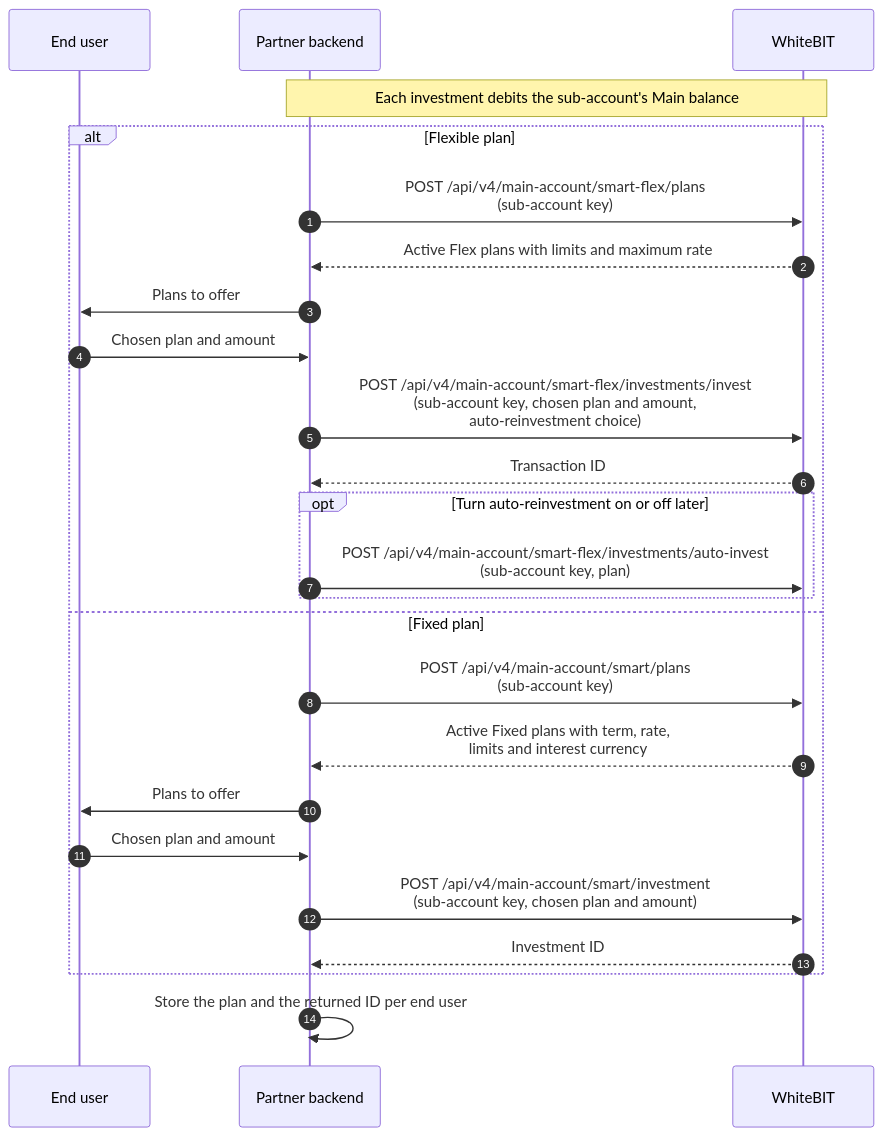
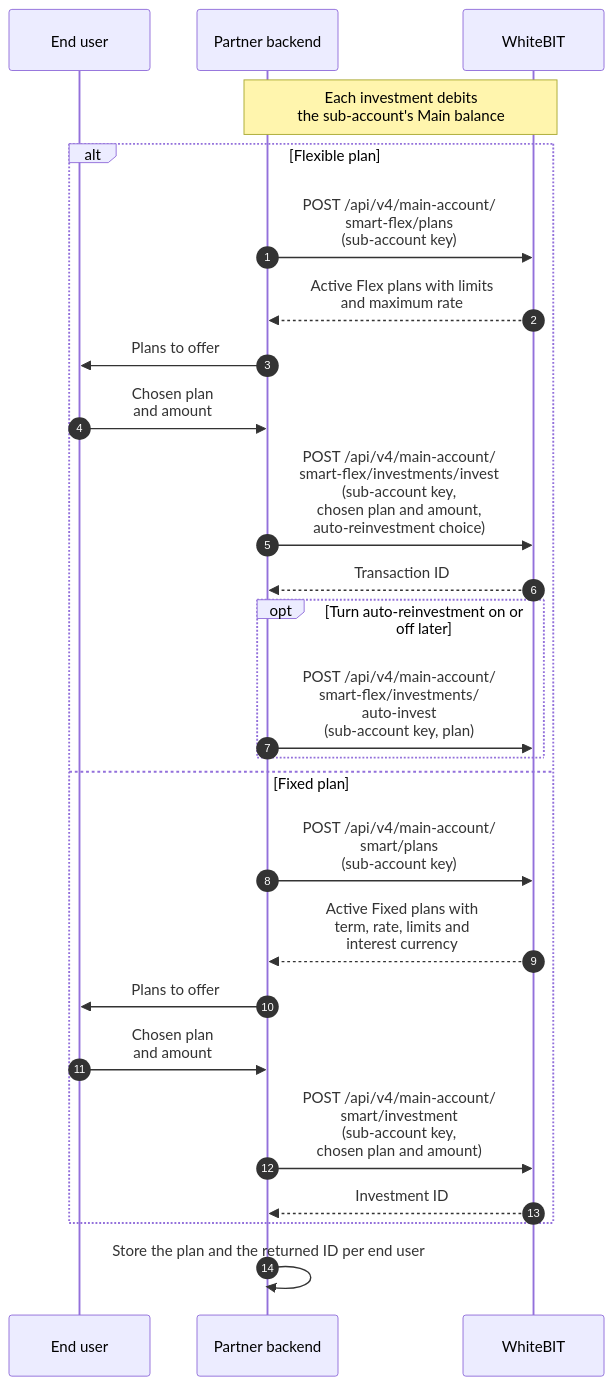
One commit to whitebit-exchange/docs changed the second of 6 diagrams in guides/yaas-integration.mdx. Above: the diagram before and after it, drawn with Mermaid. The commit also changed 4 other files, not shown here.

Commit message:
fix(guide): narrow the branch diagrams to a readable label size

````diff
--- a/guides/yaas-integration.mdx
+++ b/guides/yaas-integration.mdx
@@ -132,28 +132,28 @@
 ```mermaid
 sequenceDiagram
     autonumber
     participant U as End user
     participant P as Partner backend
     participant W as WhiteBIT
 
-    Note over P,W: Each investment debits the sub-account's Main balance
+    Note over P,W: Each investment debits<br/>the sub-account's Main balance
     alt Flexible plan
-        P->>W: POST /api/v4/main-account/smart-flex/plans<br/>(sub-account key)
-        W-->>P: Active Flex plans with limits and maximum rate
+        P->>W: POST /api/v4/main-account/<br/>smart-flex/plans<br/>(sub-account key)
+        W-->>P: Active Flex plans with limits<br/>and maximum rate
         P->>U: Plans to offer
-        U->>P: Chosen plan and amount
-        P->>W: POST /api/v4/main-account/smart-flex/investments/invest<br/>(sub-account key, chosen plan and amount,<br/>auto-reinvestment choice)
+        U->>P: Chosen plan<br/>and amount
+        P->>W: POST /api/v4/main-account/<br/>smart-flex/investments/invest<br/>(sub-account key,<br/>chosen plan and amount,<br/>auto-reinvestment choice)
         W-->>P: Transaction ID
         opt Turn auto-reinvestment on or off later
-            P->>W: POST /api/v4/main-account/smart-flex/investments/auto-invest<br/>(sub-account key, plan)
+            P->>W: POST /api/v4/main-account/<br/>smart-flex/investments/<br/>auto-invest<br/>(sub-account key, plan)
         end
     else Fixed plan
-        P->>W: POST /api/v4/main-account/smart/plans<br/>(sub-account key)
-        W-->>P: Active Fixed plans with term, rate,<br/>limits and interest currency
+        P->>W: POST /api/v4/main-account/<br/>smart/plans<br/>(sub-account key)
+        W-->>P: Active Fixed plans with<br/>term, rate, limits and<br/>interest currency
         P->>U: Plans to offer
-        U->>P: Chosen plan and amount
-        P->>W: POST /api/v4/main-account/smart/investment<br/>(sub-account key, chosen plan and amount)
+        U->>P: Chosen plan<br/>and amount
+        P->>W: POST /api/v4/main-account/<br/>smart/investment<br/>(sub-account key,<br/>chosen plan and amount)
         W-->>P: Investment ID
     end
     P->>P: Store the plan and the returned ID per end user
 ```
````
